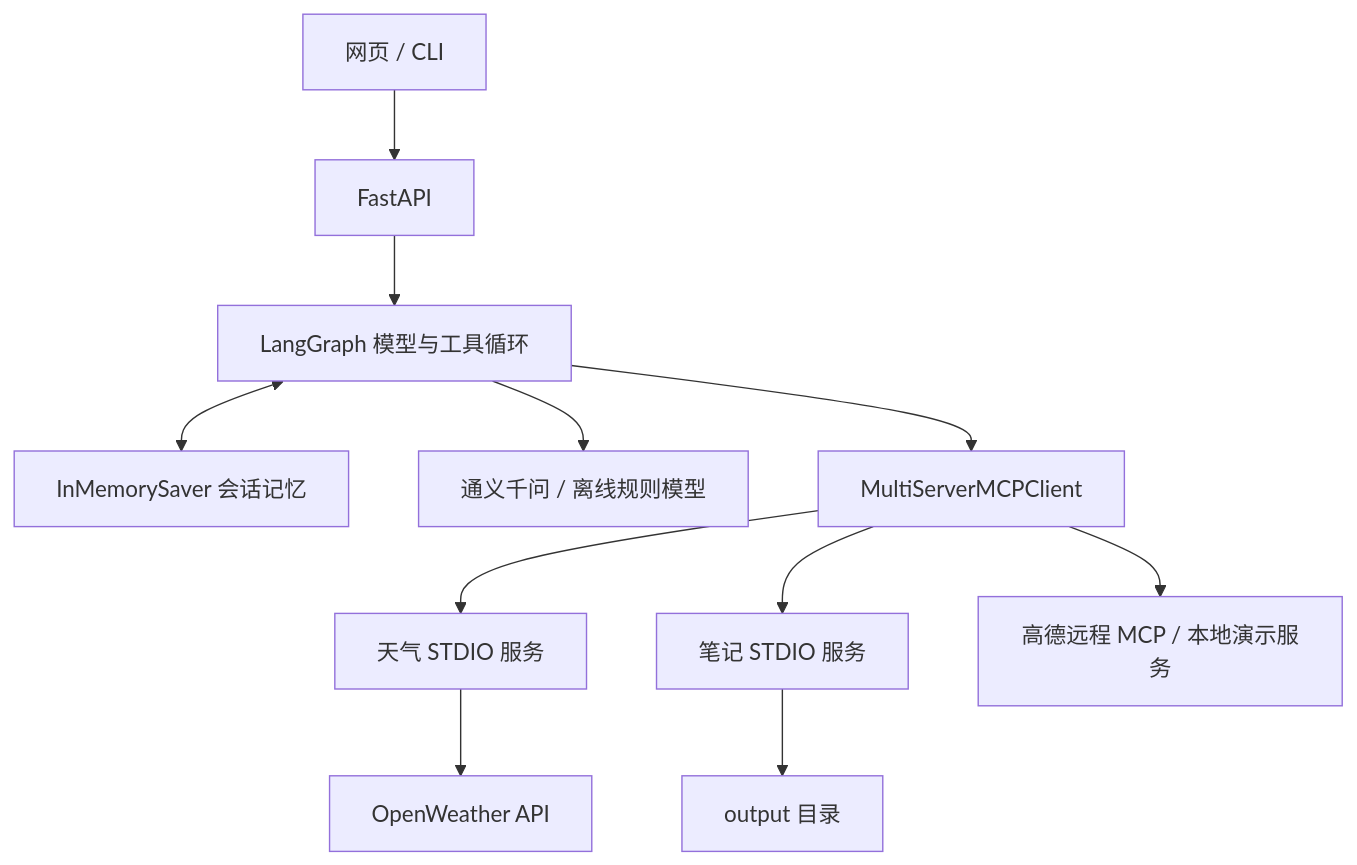
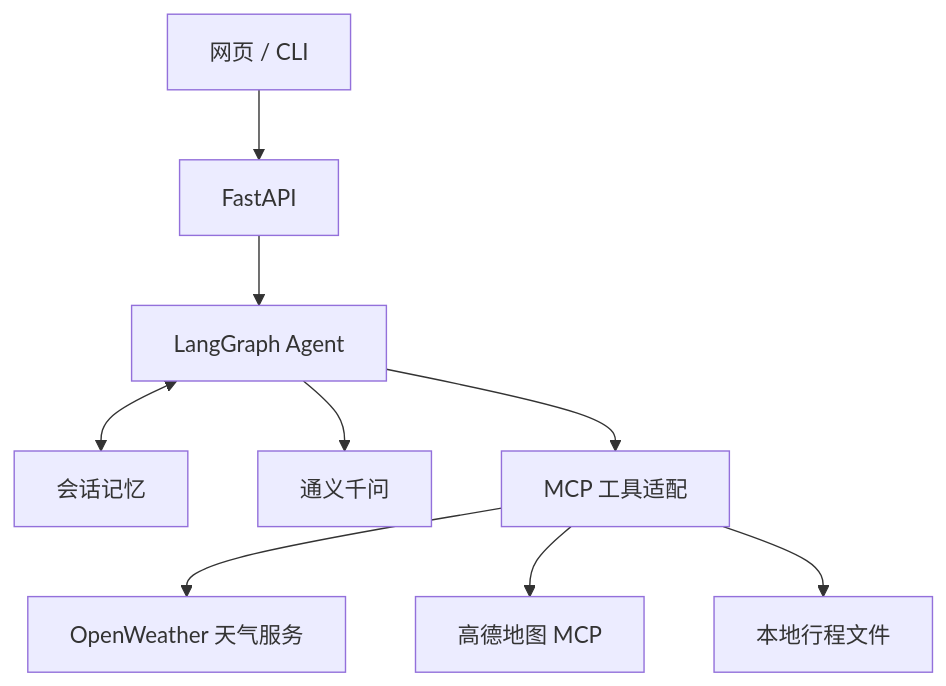
One commit to xiongzihao22/Travel-Assistant changed the diagram in README.md. Above: the diagram before and after it, drawn with Mermaid. The commit also changed other lines of this file and 1 other file, not shown here.

````diff
--- a/README.md
+++ b/README.md
@@ -116,13 +19,11 @@
 ```mermaid
 flowchart TD
-    Web[网页 / CLI] --> API[FastAPI]
-    API --> Graph[LangGraph 模型与工具循环]
-    Graph <--> Memory[InMemorySaver 会话记忆]
-    Graph --> Model[通义千问 / 离线规则模型]
-    Graph --> MCP[MultiServerMCPClient]
-    MCP --> Weather[天气 STDIO 服务]
-    MCP --> Files[笔记 STDIO 服务]
-    MCP --> Maps[高德远程 MCP / 本地演示服务]
-    Weather --> OpenWeather[OpenWeather API]
-    Files --> Output[output 目录]
+    UI[网页 / CLI] --> API[FastAPI]
+    API --> Agent[LangGraph Agent]
+    Agent <--> Memory[会话记忆]
+    Agent --> Model[通义千问]
+    Agent --> MCP[MCP 工具适配]
+    MCP --> Weather[OpenWeather 天气服务]
+    MCP --> Maps[高德地图 MCP]
+    MCP --> Files[本地行程文件]
 ```
````
